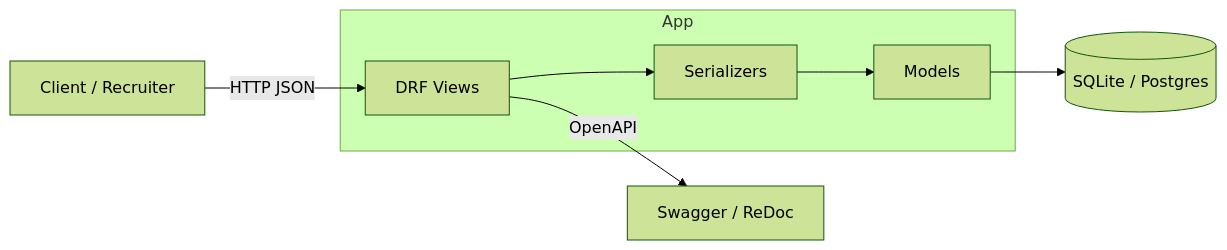
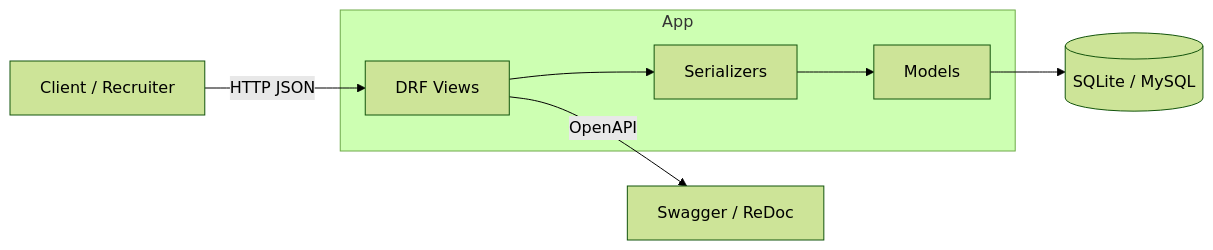
The first of 2 diagrams in readme.md (kiranb1301/QuizApplicationVertoChallenge), drawn with Mermaid (forest theme) before and after one commit. The commit also changed other lines of this file, not shown here.

````diff
--- a/readme.md
+++ b/readme.md
@@ -55,13 +45,13 @@
 ```mermaid
 flowchart LR
     Client[Client / Recruiter] -->|HTTP JSON| API[DRF Views]
     API --> Serializers[Serializers]
     Serializers --> Models[Models]
-    Models --> DB[(SQLite / Postgres)]
+    Models --> DB[(SQLite / MySQL)]
     API -->|OpenAPI| Swagger[Swagger / ReDoc]
     subgraph App
       API
       Serializers
       Models
     end
 ```
````
